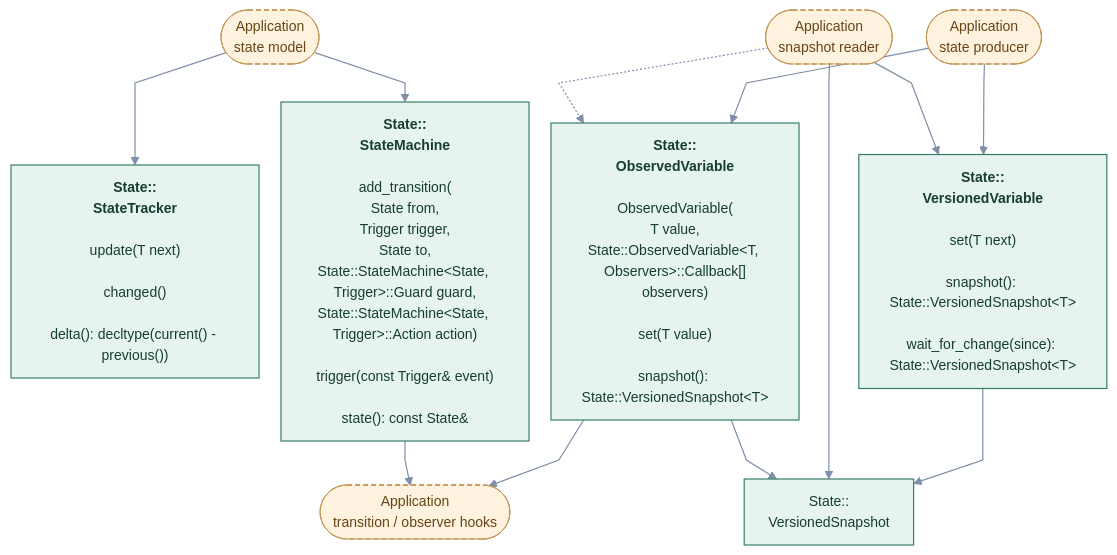
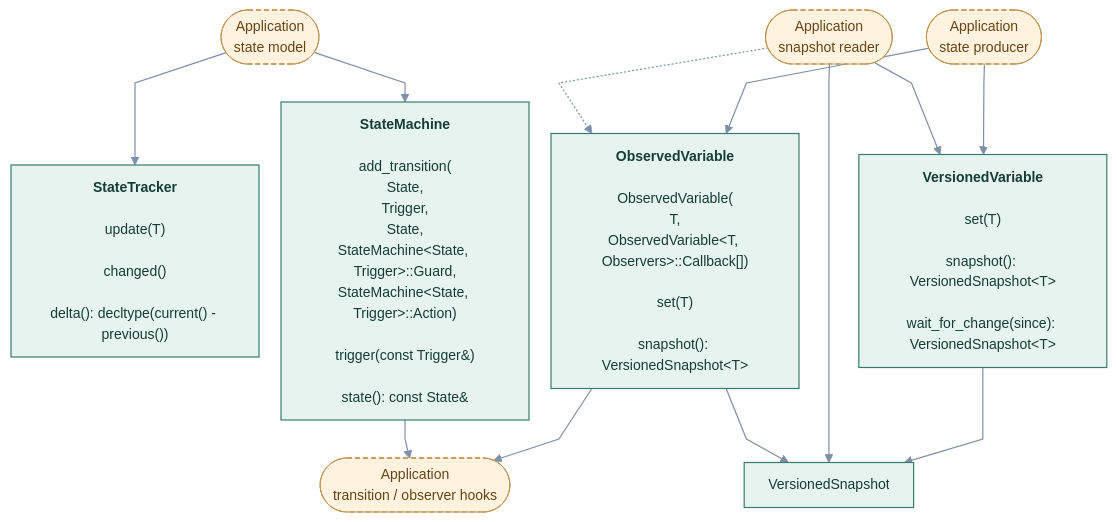
One commit to cppcooper/cheryl-engine changed the diagram in docs/site/engine-systems/diagrams/state-application.mmd. Above: the diagram before and after it, drawn with Mermaid. The commit also changed 54 other files, not shown here.

First line of the commit message:
Simplifies signatures and namespace labels across subsystem diagrams

```diff
--- a/docs/site/engine-systems/diagrams/state-application.mmd
+++ b/docs/site/engine-systems/diagrams/state-application.mmd
@@ -1,41 +1,41 @@
 ---
 config:
   theme: base
   themeVariables:
     fontFamily: system-ui, sans-serif
     fontSize: 14px
   flowchart:
     htmlLabels: true
     curve: linear
     nodeSpacing: 22
     rankSpacing: 38
     padding: 12
 ---
 flowchart TB
     accTitle: State · application state choices
-    accDescr: Arrows point toward the API or type used, not call order or data flow. Methods beneath type names are selected application entry points; Implement hooks marks engine-invoked overrides. Dashed arrows mark optional choices.
+    accDescr: Local names omit State::; ambiguous nested namespaces remain qualified. Local names omit State::; ambiguous nested namespaces remain qualified. Arrows point toward the API or type used, not call order or data flow. Methods beneath type names are selected application entry points; Implement hooks marks engine-invoked overrides. Dashed arrows mark optional choices.
     k0(["Application<br/>state model"]):::app
-    k1["<b>State::<br/>StateTracker</b><br/><br/>update(T next)<br/><br/>changed()<br/><br/>delta(): decltype(current() - previous())"]:::focal
-    k2["<b>State::<br/>StateMachine</b><br/><br/>add_transition(<br/>State from,<br/>Trigger trigger,<br/>State to,<br/>State::StateMachine&lt;State, Trigger&gt;::Guard guard,<br/>State::StateMachine&lt;State, Trigger&gt;::Action action)<br/><br/>trigger(const Trigger&amp; event)<br/><br/>state(): const State&amp;"]:::focal
+    k1["<b>StateTracker</b><br/><br/>update(T)<br/><br/>changed()<br/><br/>delta(): decltype(current() - previous())"]:::focal
+    k2["<b>StateMachine</b><br/><br/>add_transition(<br/>State,<br/>Trigger,<br/>State,<br/>StateMachine&lt;State, Trigger&gt;::Guard,<br/>StateMachine&lt;State, Trigger&gt;::Action)<br/><br/>trigger(const Trigger&amp;)<br/><br/>state(): const State&amp;"]:::focal
     k3(["Application<br/>state producer"]):::app
-    k4["<b>State::<br/>VersionedVariable</b><br/><br/>set(T next)<br/><br/>snapshot(): State::VersionedSnapshot&lt;T&gt;<br/><br/>wait_for_change(since): State::VersionedSnapshot&lt;T&gt;"]:::focal
-    k5["<b>State::<br/>ObservedVariable</b><br/><br/>ObservedVariable(<br/>T value,<br/>State::ObservedVariable&lt;T, Observers&gt;::Callback[]<br/>observers)<br/><br/>set(T value)<br/><br/>snapshot(): State::VersionedSnapshot&lt;T&gt;"]:::focal
-    k6["State::<br/>VersionedSnapshot"]:::focal
+    k4["<b>VersionedVariable</b><br/><br/>set(T)<br/><br/>snapshot(): VersionedSnapshot&lt;T&gt;<br/><br/>wait_for_change(since): VersionedSnapshot&lt;T&gt;"]:::focal
+    k5["<b>ObservedVariable</b><br/><br/>ObservedVariable(<br/>T,<br/>ObservedVariable&lt;T, Observers&gt;::Callback[])<br/><br/>set(T)<br/><br/>snapshot(): VersionedSnapshot&lt;T&gt;"]:::focal
+    k6["VersionedSnapshot"]:::focal
     k7(["Application<br/>snapshot reader"]):::app
     k8(["Application<br/>transition / observer hooks"]):::app
     k0 --> k1
     k0 --> k2
     k3 --> k4
     k3 --> k5
     k4 --> k6
     k7 --> k6
     k5 --> k8
     k2 --> k8
     k7 --> k4
     k7 -.-> k5
     k5 --> k6
     classDef focal fill:#e7f3ef,stroke:#387d6b,color:#153d33,stroke-width:1.2px
     classDef neighbor fill:#f0f3f8,stroke:#8c9bb1,color:#35445b,stroke-width:1px
     classDef app fill:#fff2df,stroke:#c09452,color:#674515,stroke-dasharray:5 3
     classDef system fill:#eaf0fc,stroke:#617fab,color:#263f69,stroke-width:1.2px
     linkStyle default stroke:#7e8fa7,stroke-width:1.2px
```
